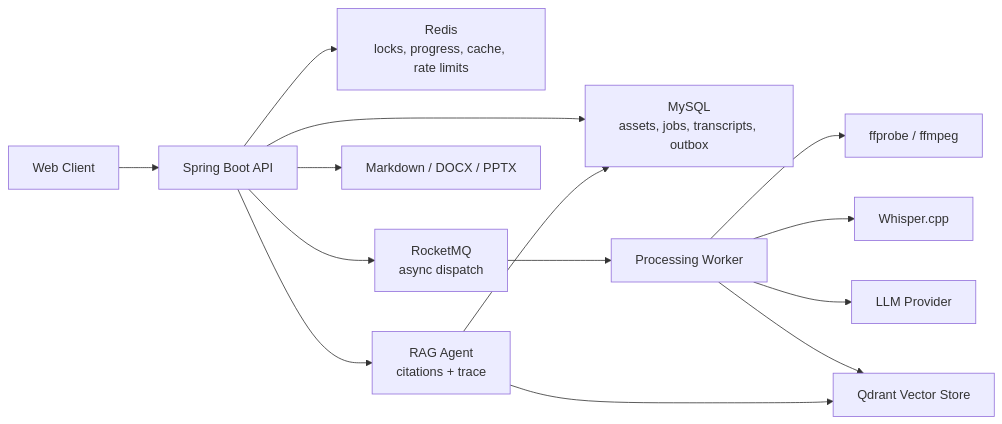
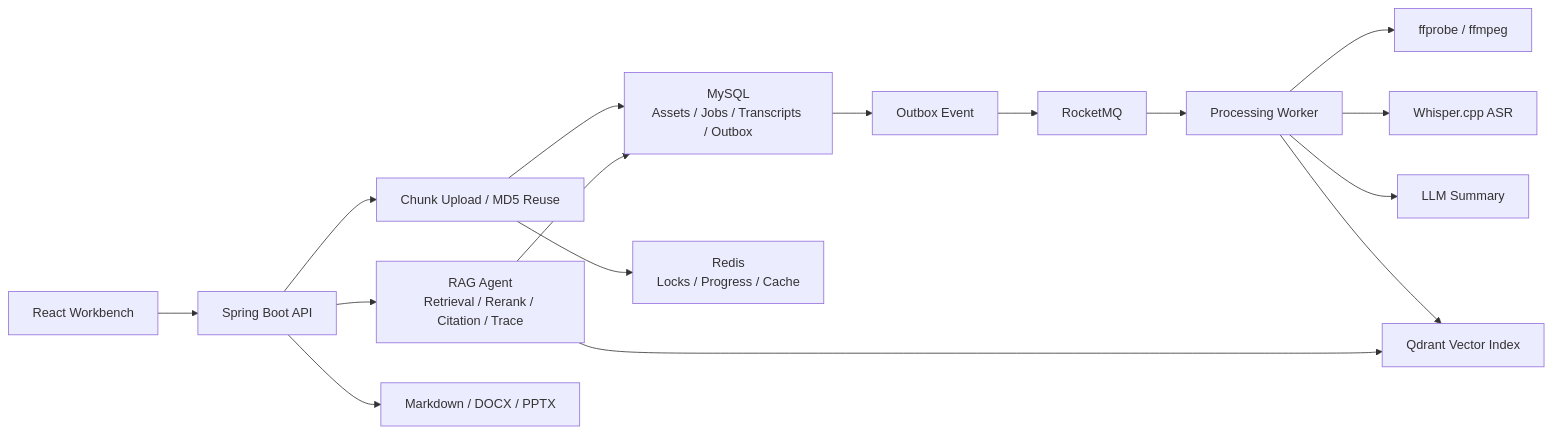
Before and after one commit to lovecandies/OmniVID: the diagram in README.md, drawn with Mermaid. The commit also changed other lines of this file and 1 other file, not shown here.

````diff
--- a/README.md
+++ b/README.md
@@ -20,16 +63,18 @@
 ```mermaid
 flowchart LR
-    User["Web Client"] --> API["Spring Boot API"]
-    API --> MySQL["MySQL\nassets, jobs, transcripts, outbox"]
-    API --> Redis["Redis\nlocks, progress, cache, rate limits"]
-    API --> MQ["RocketMQ\nasync dispatch"]
+    Web["React Workbench"] --> API["Spring Boot API"]
+    API --> Upload["Chunk Upload / MD5 Reuse"]
+    Upload --> MySQL["MySQL\nAssets / Jobs / Transcripts / Outbox"]
+    Upload --> Redis["Redis\nLocks / Progress / Cache"]
+    MySQL --> Outbox["Outbox Event"]
+    Outbox --> MQ["RocketMQ"]
     MQ --> Worker["Processing Worker"]
     Worker --> FFmpeg["ffprobe / ffmpeg"]
-    Worker --> ASR["Whisper.cpp"]
-    Worker --> LLM["LLM Provider"]
-    Worker --> Qdrant["Qdrant Vector Store"]
-    API --> Export["Markdown / DOCX / PPTX"]
-    API --> Agent["RAG Agent\ncitations + trace"]
+    Worker --> ASR["Whisper.cpp ASR"]
+    Worker --> Summary["LLM Summary"]
+    Worker --> Qdrant["Qdrant Vector Index"]
+    API --> Agent["RAG Agent\nRetrieval / Rerank / Citation / Trace"]
     Agent --> Qdrant
     Agent --> MySQL
+    API --> Export["Markdown / DOCX / PPTX"]
 ```
````
